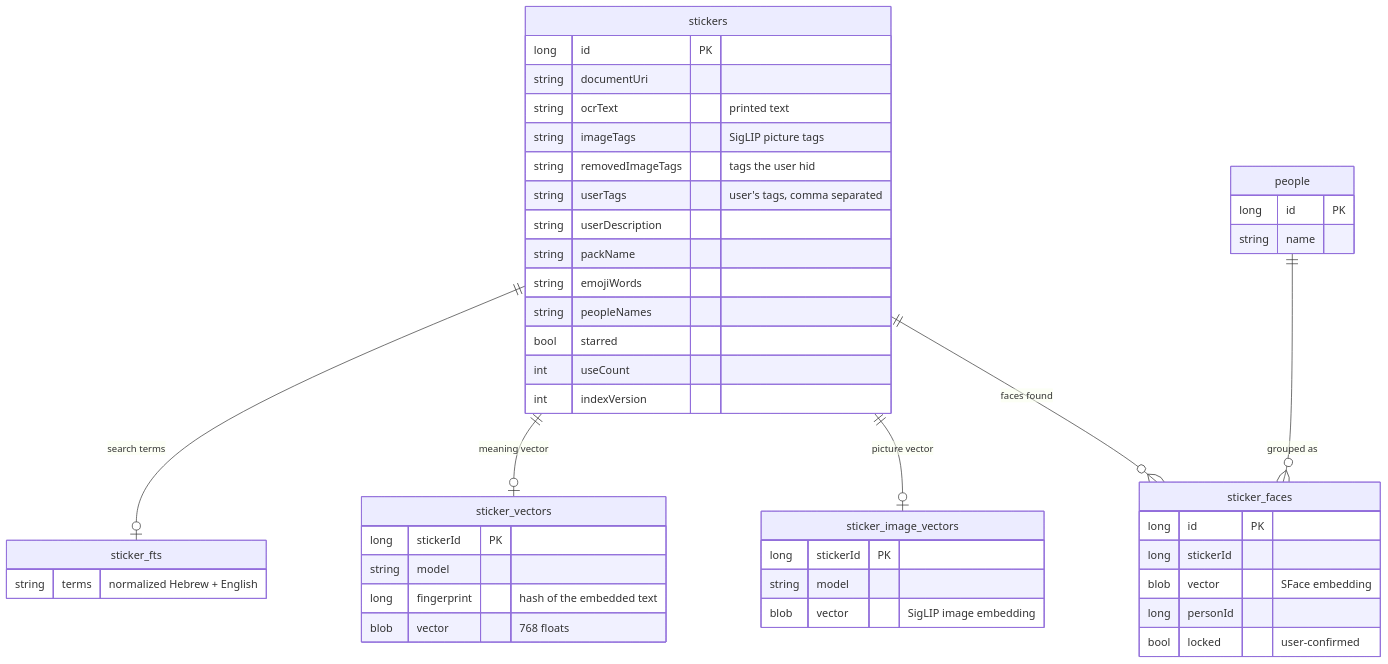
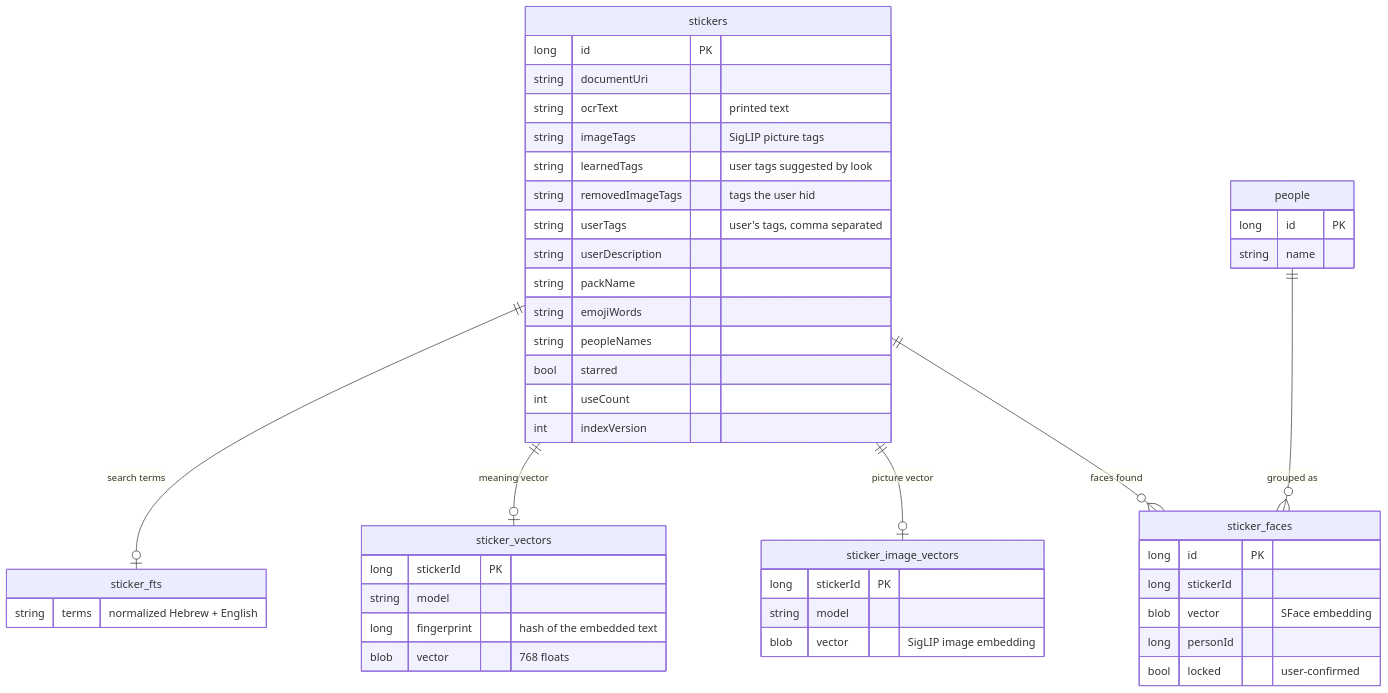
Before and after one commit to Eyal98/Whatsapp-sticker-finder: the third of 7 diagrams in docs/ARCHITECTURE.md, drawn with Mermaid. The commit also changed other lines of this file and 13 other files, not shown here.

First line of the commit message:
Learned tags: suggest your own tags on stickers that look alike

````diff
--- a/docs/ARCHITECTURE.md
+++ b/docs/ARCHITECTURE.md
@@ -85,49 +85,50 @@
 ```mermaid
 erDiagram
     stickers ||--o| sticker_fts : "search terms"
     stickers ||--o| sticker_vectors : "meaning vector"
     stickers ||--o| sticker_image_vectors : "picture vector"
     stickers ||--o{ sticker_faces : "faces found"
     people ||--o{ sticker_faces : "grouped as"
 
     stickers {
         long id PK
         string documentUri
         string ocrText "printed text"
         string imageTags "SigLIP picture tags"
+        string learnedTags "user tags suggested by look"
         string removedImageTags "tags the user hid"
         string userTags "user's tags, comma separated"
         string userDescription
         string packName
         string emojiWords
         string peopleNames
         bool starred
         int useCount
         int indexVersion
     }
     sticker_fts {
         string terms "normalized Hebrew + English"
     }
     sticker_vectors {
         long stickerId PK
         string model
         long fingerprint "hash of the embedded text"
         blob vector "768 floats"
     }
     sticker_image_vectors {
         long stickerId PK
         string model
         blob vector "SigLIP image embedding"
     }
     sticker_faces {
         long id PK
         long stickerId
         blob vector "SFace embedding"
         long personId
         bool locked "user-confirmed"
     }
     people {
         long id PK
         string name
     }
 ```
````
